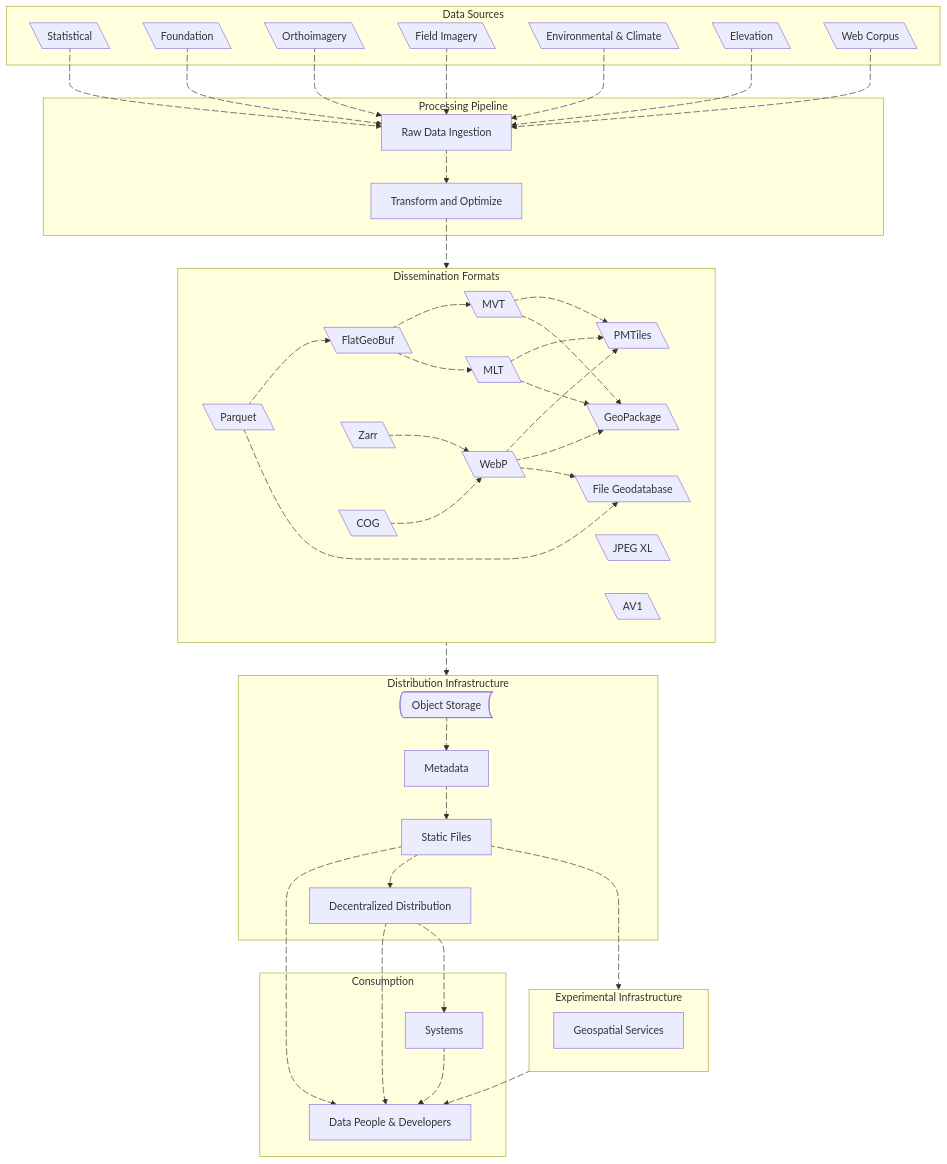
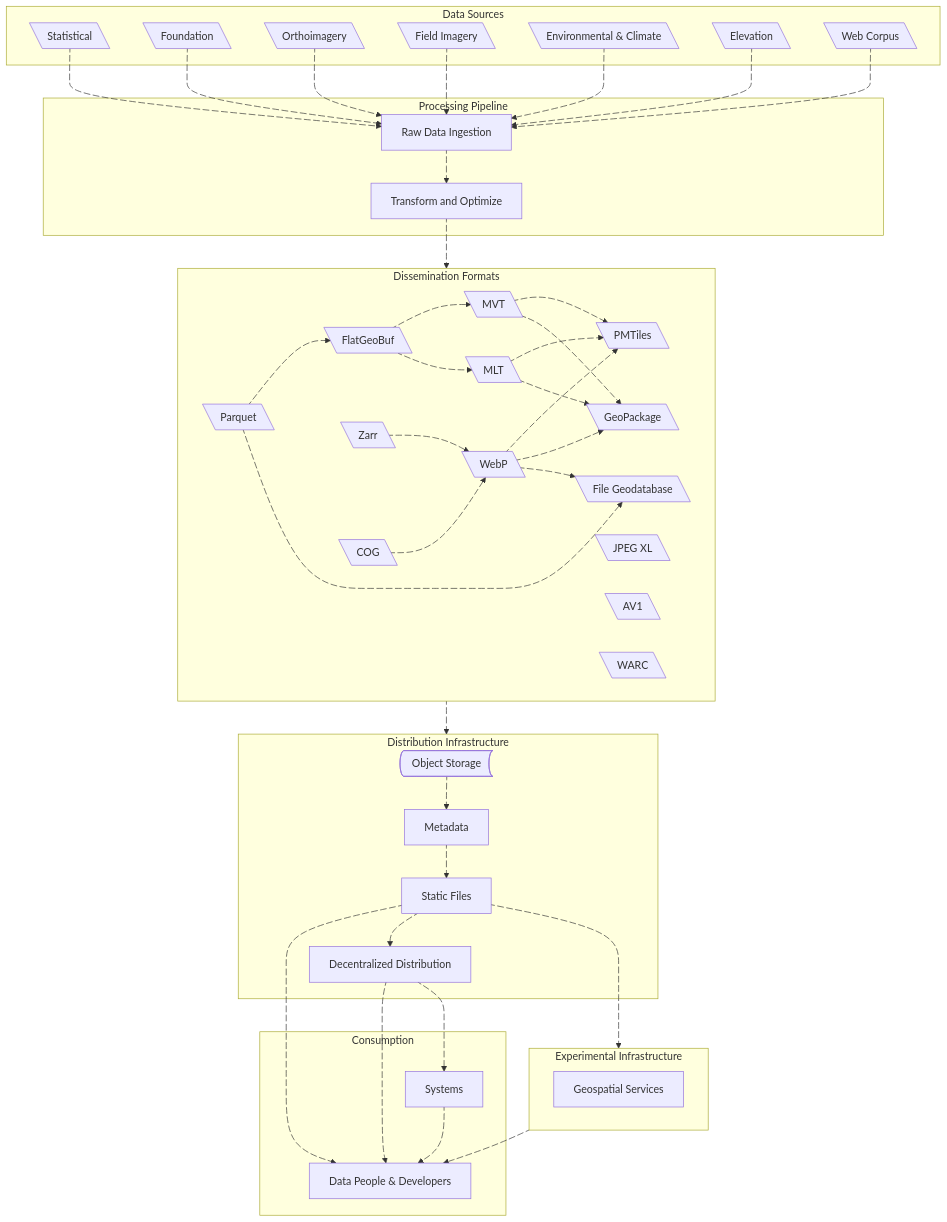
One commit to dataforcanada/www.dataforcanada.org changed the diagram in content/_index.md. Above: the diagram before and after it, drawn with Mermaid. The commit also changed other lines of this file, not shown here.

Commit message:
Add WARC dissemination format to high-level overview diagram, and added URL to sustainability of digital formats: palnning for library of congress collections

```diff
--- a/content/_index.md
+++ b/content/_index.md
@@ -73,6 +74,7 @@
         WebP@{ shape: lean-l}
         JPEGXL@{ shape: lean-l, label: "JPEG XL"}
         AV1@{ shape: lean-l, label: "AV1"}
+        WARC@{ shape: lean-l}
     end
 
     subgraph di [Distribution Infrastructure]
@@ -184,6 +186,7 @@
     click PMTiles "https://github.com/protomaps/PMTiles/blob/main/spec/v3/spec.md" _blank
     click JPEGXL "https://jpeg.org/jpegxl/" _blank
     click AV1 "https://aomedia.org/specifications/av1/" _blank
+    click WARC "https://github.com/iipc/warc-specifications/" _blank
     click DecentralizedDistribution "https://www.dataforcanada.org/docs/dissemination/" _blank
     click Metadata "https://stac-utils.github.io/stac-geoparquet/latest/spec/stac-geoparquet-spec/" _blank
     click GeoSpatialServices "https://github.com/dataforcanada/geo-services-labs/" _blank
```
